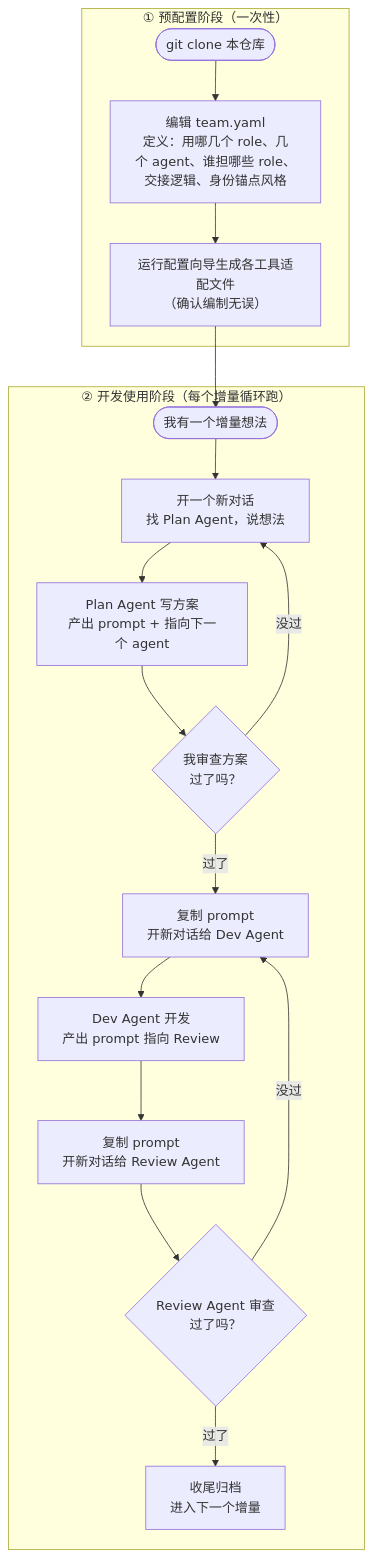
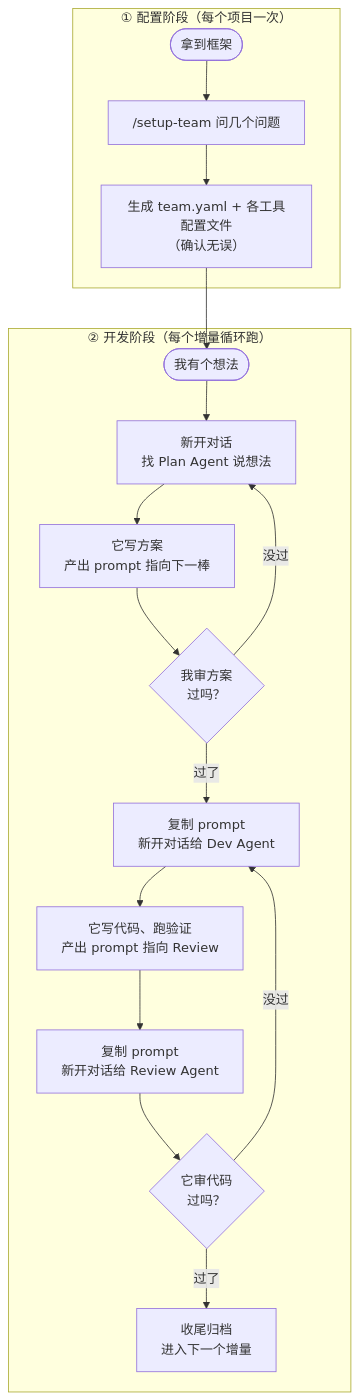
The diagram in README.md (Fu-fangteng/agent-emperor), drawn with Mermaid before and after one commit. The commit also changed other lines of this file, not shown here.

````diff
--- a/README.md
+++ b/README.md
@@ -20,22 +45,22 @@
 ```mermaid
 flowchart TD
-    subgraph P0["① 预配置阶段（一次性）"]
-        A0([git clone 本仓库]) --> A1["编辑 team.yaml<br/>定义：用哪几个 role、几个 agent、谁担哪些 role、交接逻辑、身份锚点风格"]
-        A1 --> A2["运行配置向导生成各工具适配文件<br/>（确认编制无误）"]
+    subgraph P0["① 配置阶段（每个项目一次）"]
+        A0([拿到框架]) --> A1["/setup-team 问几个问题"]
+        A1 --> A2["生成 team.yaml + 各工具配置文件<br/>（确认无误）"]
     end
 
     A2 --> B0
 
-    subgraph P1["② 开发使用阶段（每个增量循环跑）"]
-        B0([我有一个增量想法]) --> B1["开一个新对话<br/>找 Plan Agent，说想法"]
-        B1 --> B2["Plan Agent 写方案<br/>产出 prompt + 指向下一个 agent"]
-        B2 --> B3{"我审查方案<br/>过了吗？"}
+    subgraph P1["② 开发阶段（每个增量循环跑）"]
+        B0([我有个想法]) --> B1["新开对话<br/>找 Plan Agent 说想法"]
+        B1 --> B2["它写方案<br/>产出 prompt 指向下一棒"]
+        B2 --> B3{"我审方案<br/>过吗？"}
         B3 -- 没过 --> B1
-        B3 -- 过了 --> B4["复制 prompt<br/>开新对话给 Dev Agent"]
-        B4 --> B5["Dev Agent 开发<br/>产出 prompt 指向 Review"]
-        B5 --> B6["复制 prompt<br/>开新对话给 Review Agent"]
-        B6 --> B7{"Review Agent 审查<br/>过了吗？"}
+        B3 -- 过了 --> B4["复制 prompt<br/>新开对话给 Dev Agent"]
+        B4 --> B5["它写代码、跑验证<br/>产出 prompt 指向 Review"]
+        B5 --> B6["复制 prompt<br/>新开对话给 Review Agent"]
+        B6 --> B7{"它审代码<br/>过吗？"}
         B7 -- 没过 --> B4
         B7 -- 过了 --> B8["收尾归档<br/>进入下一个增量"]
     end
 ```
````
